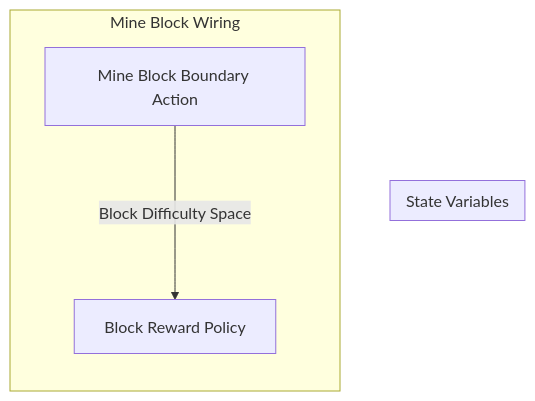
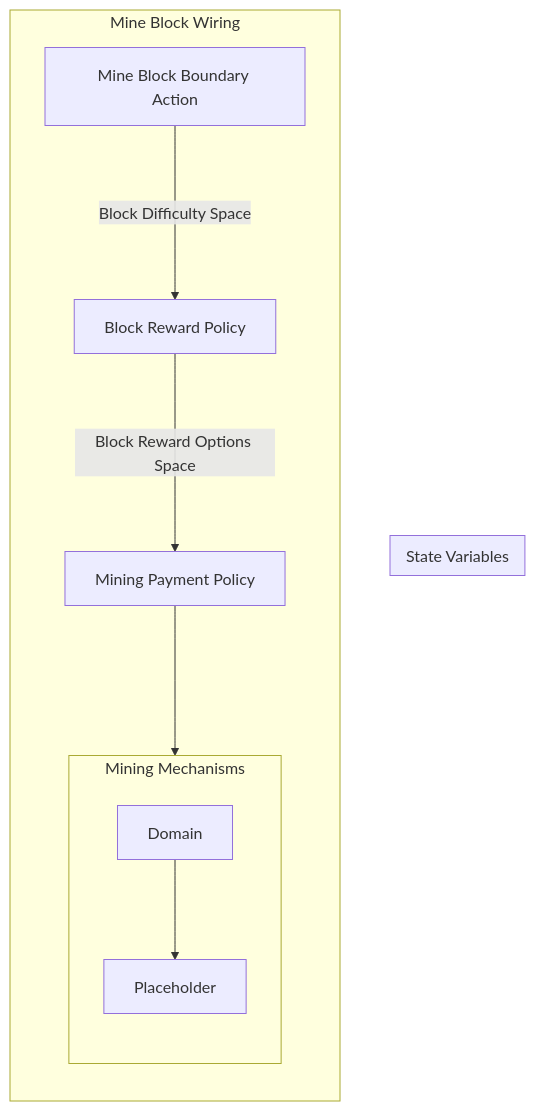
Before and after one commit to dominant-strategies/Quai-Macro-Model: the diagram in Spec/obsidian/Wiring/Mine Block Wiring.md, drawn with Mermaid. The commit also changed other lines of this file and 11 other files, not shown here.

Commit message:
Mining payment policy

````diff
--- a/Spec/obsidian/Wiring/Mine Block Wiring.md
+++ b/Spec/obsidian/Wiring/Mine Block Wiring.md
@@ -3,13 +3,25 @@
 ```mermaid
 graph TB
 
 subgraph SVS["State Variables"]
 end
 
-subgraph X3["Mine Block Wiring"]
+subgraph X8["Mine Block Wiring"]
 direction TB
 X1["Mine Block Boundary Action"]
 X2["Block Reward Policy"]
+X3["Mining Payment Policy"]
+subgraph X7["Mining Mechanisms"]
+direction TB
+X4["Placeholder"]
+X5[Domain]
+
+direction LR
+direction TB
+X5 --> X4
+end
 X1--"Block Difficulty Space"--->X2
+X2--"Block Reward Options Space"--->X3
+X3--->X7
 end
 ```
````
